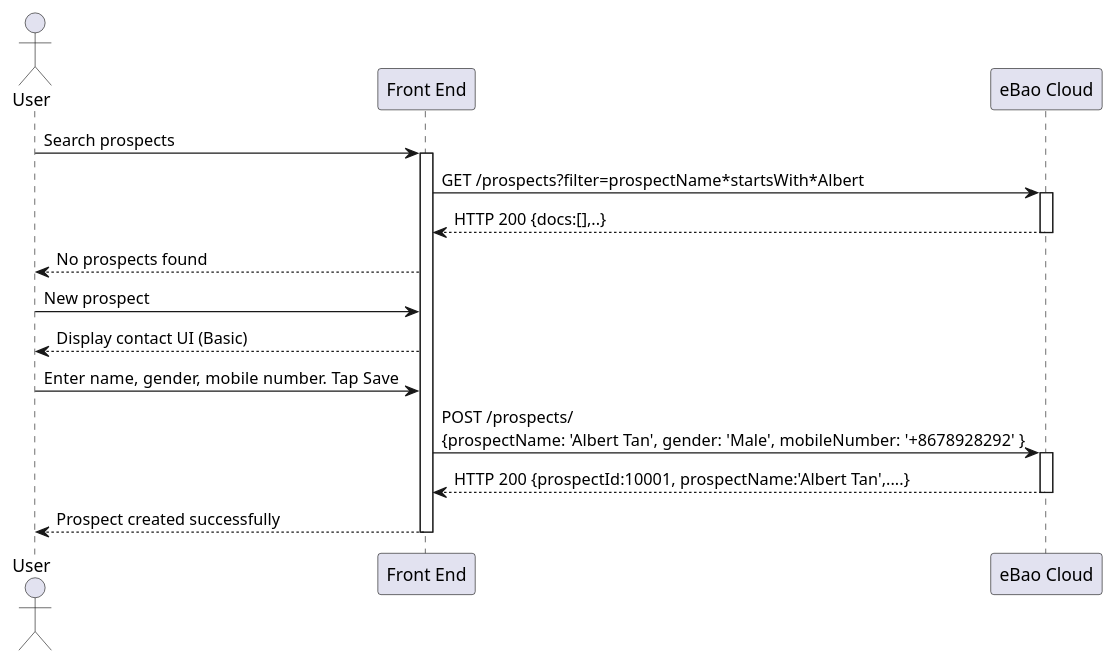
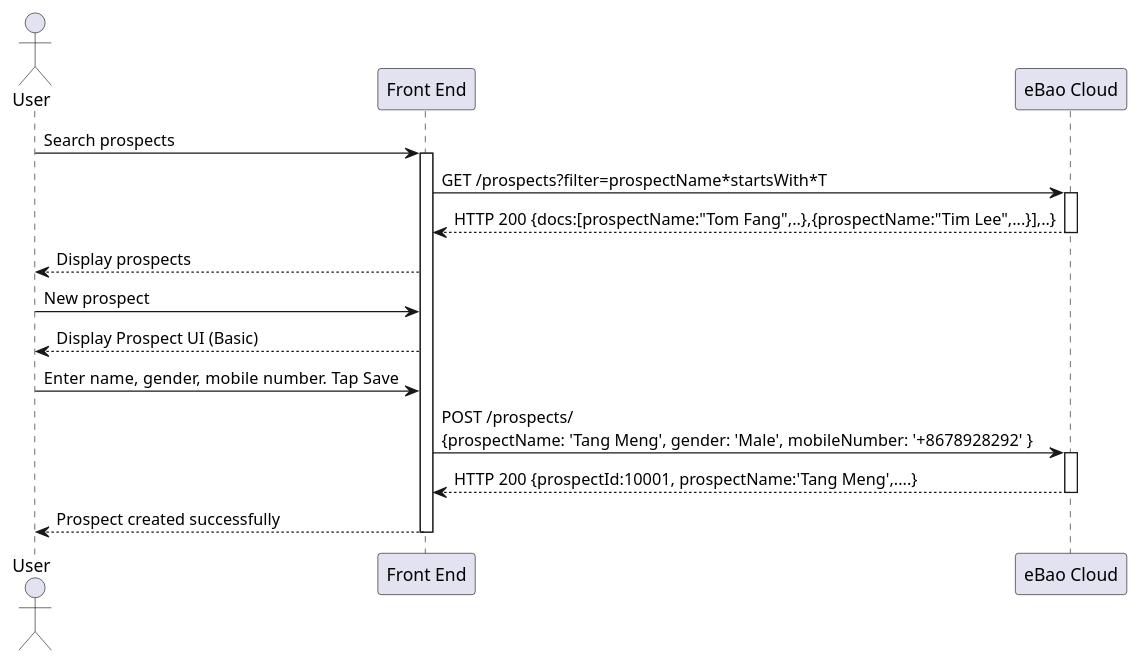
One commit to yitchoong/cloudapi changed the first of 9 diagrams in markdown/prospects.md. Above: the diagram before and after it, drawn with PlantUML. The commit also changed other lines of this file and 3 other files, not shown here.

````diff
--- a/markdown/prospects.md
+++ b/markdown/prospects.md
@@ -50,23 +84,23 @@
 ```puml
 
 actor User
 participant "Front End" as F
 participant "eBao Cloud" as ebao
 User -> F : Search prospects
 activate F
-F -> ebao : GET /prospects?filter=prospectName*startsWith*Albert
+F -> ebao : GET /prospects?filter=prospectName*startsWith*T
 activate ebao
-ebao --> F : HTTP 200 {docs:[],..}
+ebao --> F : HTTP 200 {docs:[prospectName:"Tom Fang",..},{prospectName:"Tim Lee",...}],..}
 deactivate ebao
-F --> User : No prospects found
+F --> User : Display prospects
 User -> F : New prospect
-F --> User : Display contact UI (Basic)
+F --> User : Display Prospect UI (Basic)
 User -> F : Enter name, gender, mobile number. Tap Save
-F -> ebao : POST /prospects/\n{prospectName: 'Albert Tan', gender: 'Male', mobileNumber: '+8678928292' }
+F -> ebao : POST /prospects/\n{prospectName: 'Tang Meng', gender: 'Male', mobileNumber: '+8678928292' }
 activate ebao
-ebao --> F : HTTP 200 {prospectId:10001, prospectName:'Albert Tan',....}
+ebao --> F : HTTP 200 {prospectId:10001, prospectName:'Tang Meng',....}
 deactivate ebao
 F --> User : Prospect created successfully
 deactivate F
 
 ```
````
